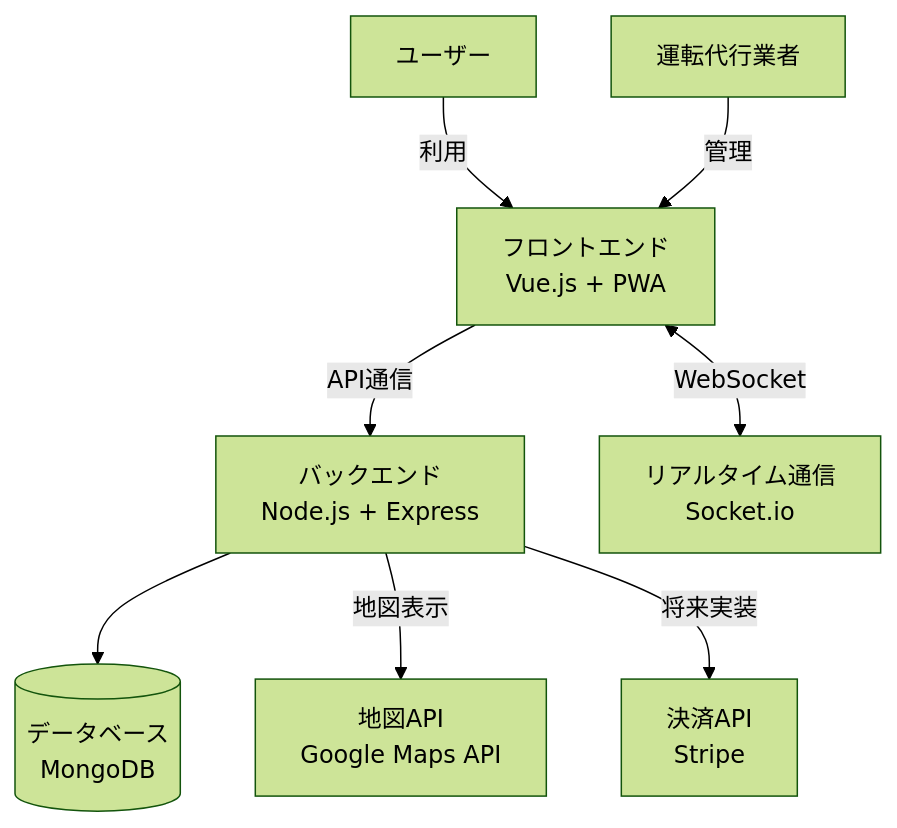
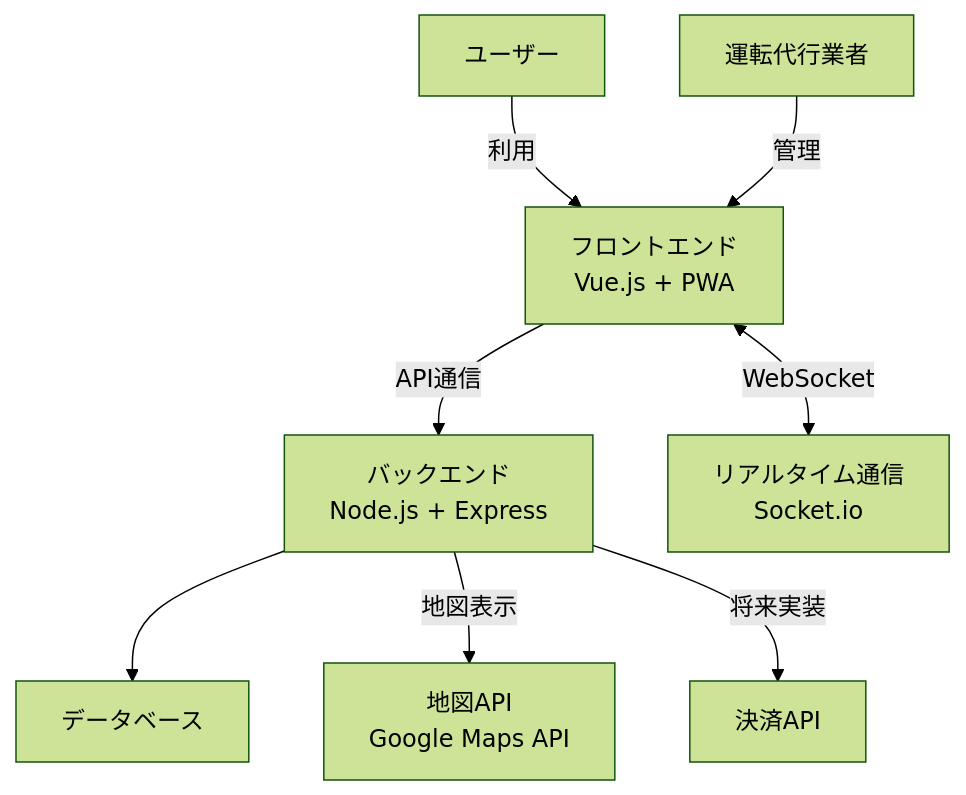
The diagram in testes.md (nukesaku5393/nukesaku5393), drawn with Mermaid (forest theme) before and after one commit.

````diff
--- a/testes.md
+++ b/testes.md
@@ -1,10 +1,10 @@
 ```mermaid
 graph TD
-    User[ユーザー] -->|利用| Frontend[フロントエンド\nVue.js + PWA]
+    User[ユーザー] -->|利用| Frontend["フロントエンド<br>Vue.js + PWA"]
     Provider[運転代行業者] -->|管理| Frontend
-    Frontend -->|API通信| Backend[バックエンド\nNode.js + Express]
-    Frontend <-->|WebSocket| RealTime[リアルタイム通信\nSocket.io]
-    Backend --> Database[(データベース\nMongoDB)]
-    Backend -->|地図表示| MapAPI[地図API\nGoogle Maps API]
-    Backend -->|将来実装| PaymentAPI[決済API\nStripe]
+    Frontend -->|API通信| Backend["バックエンド<br>Node.js + Express"]
+    Frontend <-->|WebSocket| RealTime["リアルタイム通信<br>Socket.io"]
+    Backend --> Database["データベース"]
+    Backend -->|地図表示| MapAPI["地図API<br>Google Maps API"]
+    Backend -->|将来実装| PaymentAPI["決済API"]
 ```
````
